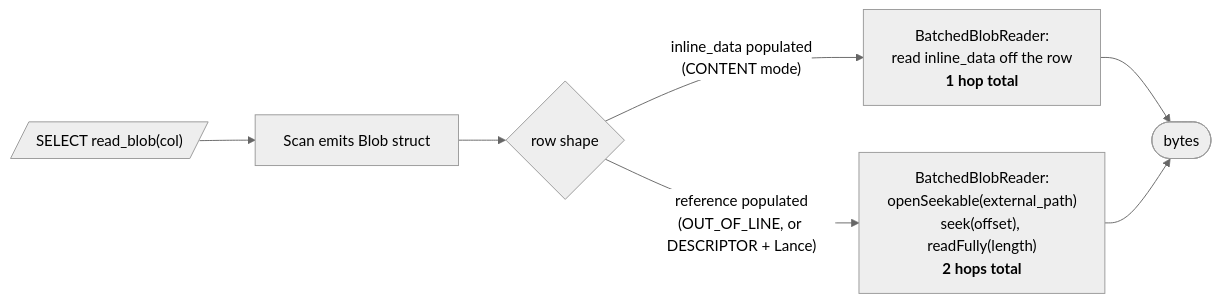
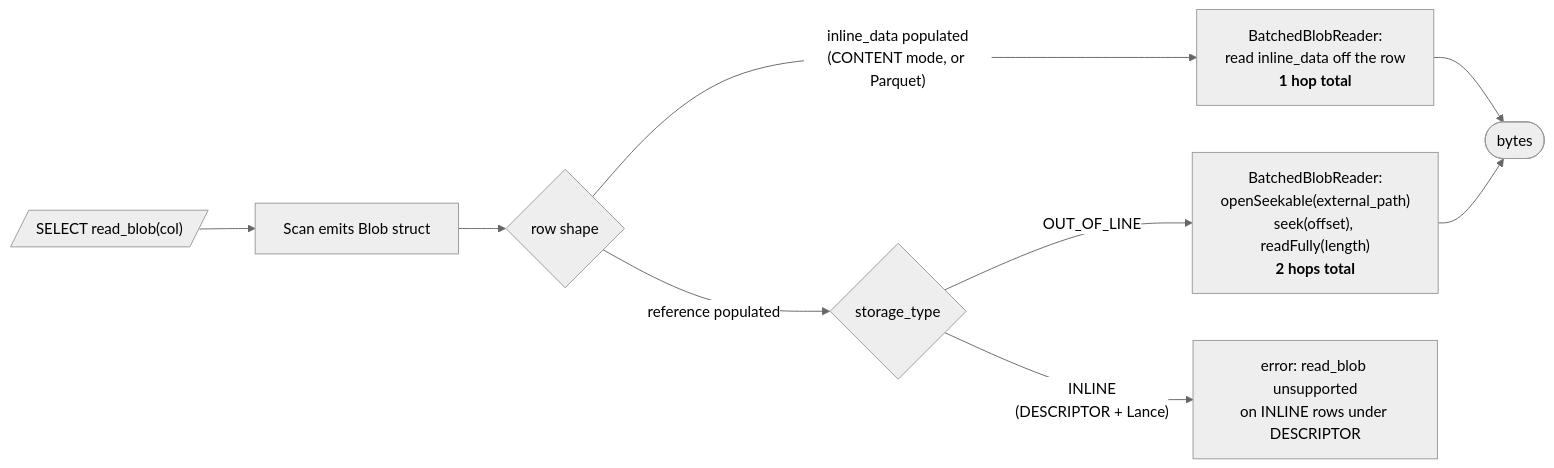
The second of 2 diagrams in rfc/rfc-100/rfc-100.md (apache/hudi), drawn with Mermaid (neutral theme) before and after one commit. The commit also changed other lines of this file and 3 other files, not shown here.

First line of the commit message:
feat(blob): reject read_blob() on INLINE rows under DESCRIPTOR mode

````diff
--- a/rfc/rfc-100/rfc-100.md
+++ b/rfc/rfc-100/rfc-100.md
@@ -198,9 +201,11 @@
 ```mermaid
 flowchart LR
     RB[/"SELECT read_blob(col)"/] --> Scan["Scan emits Blob struct"]
     Scan --> Shape{"row shape"}
-    Shape -->|"inline_data populated<br/>(CONTENT mode)"| Direct["BatchedBlobReader:<br/>read inline_data off the row<br/><b>1 hop total</b>"]
-    Shape -->|"reference populated<br/>(OUT_OF_LINE, or DESCRIPTOR + Lance)"| Indirect["BatchedBlobReader:<br/>openSeekable(external_path)<br/>seek(offset), readFully(length)<br/><b>2 hops total</b>"]
+    Shape -->|"inline_data populated<br/>(CONTENT mode, or Parquet)"| Direct["BatchedBlobReader:<br/>read inline_data off the row<br/><b>1 hop total</b>"]
+    Shape -->|"reference populated"| Type{"storage_type"}
+    Type -->|"OUT_OF_LINE"| Indirect["BatchedBlobReader:<br/>openSeekable(external_path)<br/>seek(offset), readFully(length)<br/><b>2 hops total</b>"]
+    Type -->|"INLINE<br/>(DESCRIPTOR + Lance)"| Err["error: read_blob unsupported<br/>on INLINE rows under DESCRIPTOR"]
     Direct --> Bytes(["bytes"])
     Indirect --> Bytes
 ```
````
